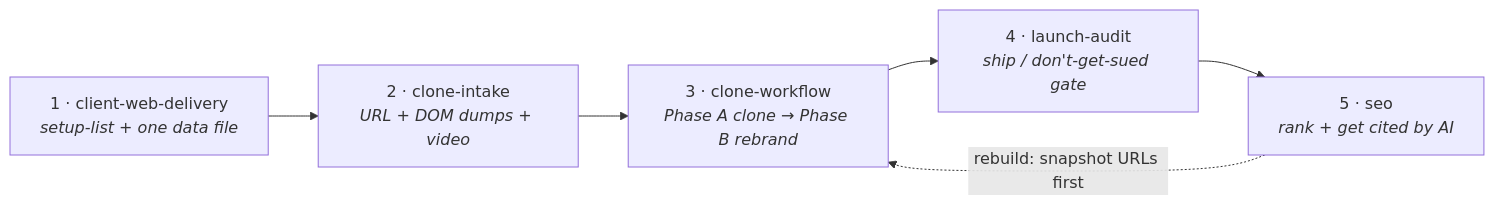
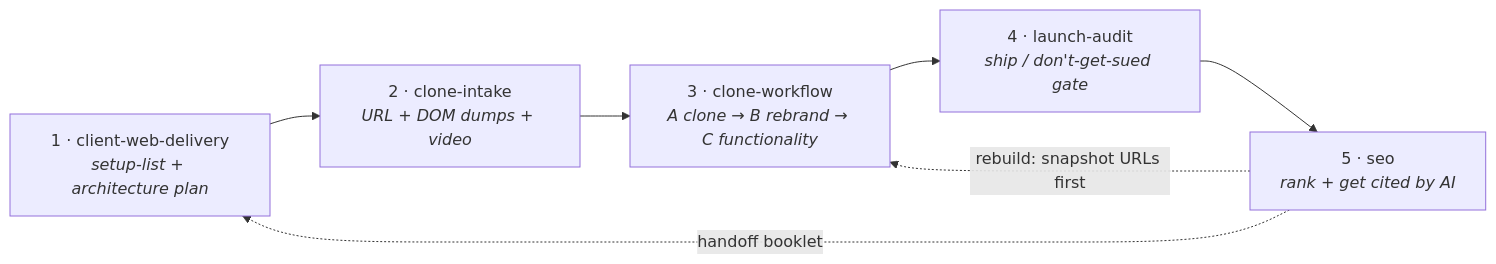
One commit to MilkDeLeche/client-site-pipeline changed the diagram in README.md. Above: the diagram before and after it, drawn with Mermaid. The commit also changed other lines of this file and 10 other files, not shown here.

First line of the commit message:
Add architecture planning and a client handoff without weakening the clone gates.

````diff
--- a/README.md
+++ b/README.md
@@ -45,8 +45,9 @@
 ```mermaid
 flowchart LR
-    A["1 · client-web-delivery<br/><i>setup-list + one data file</i>"] --> B["2 · clone-intake<br/><i>URL + DOM dumps + video</i>"]
-    B --> C["3 · clone-workflow<br/><i>Phase A clone → Phase B rebrand</i>"]
+    A["1 · client-web-delivery<br/><i>setup-list + architecture plan</i>"] --> B["2 · clone-intake<br/><i>URL + DOM dumps + video</i>"]
+    B --> C["3 · clone-workflow<br/><i>A clone → B rebrand → C functionality</i>"]
     C --> D["4 · launch-audit<br/><i>ship / don't-get-sued gate</i>"]
     D --> E["5 · seo<br/><i>rank + get cited by AI</i>"]
+    E -.->|handoff booklet| A
     E -.->|rebuild: snapshot URLs first| C
 ```
````
